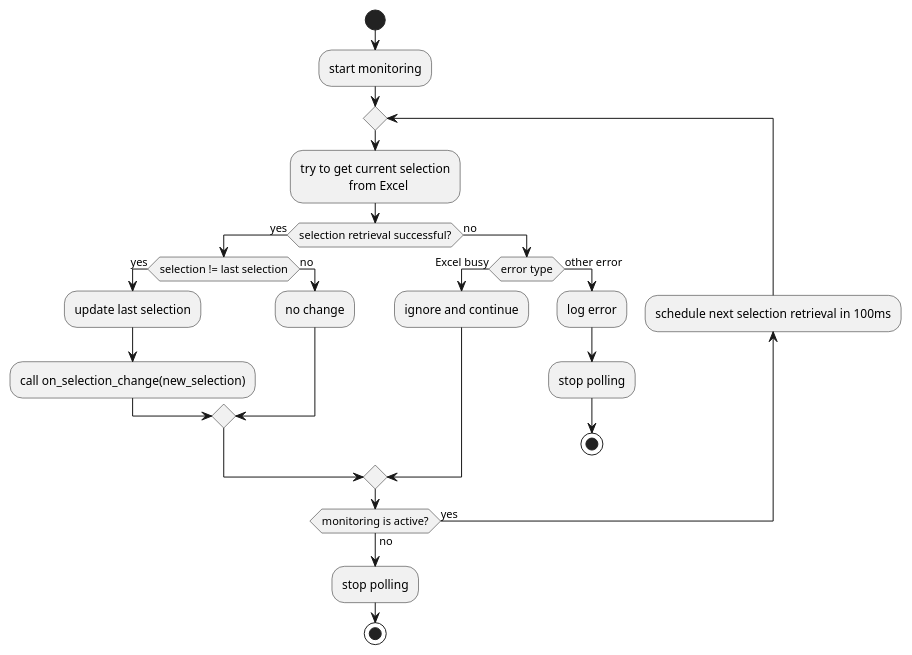
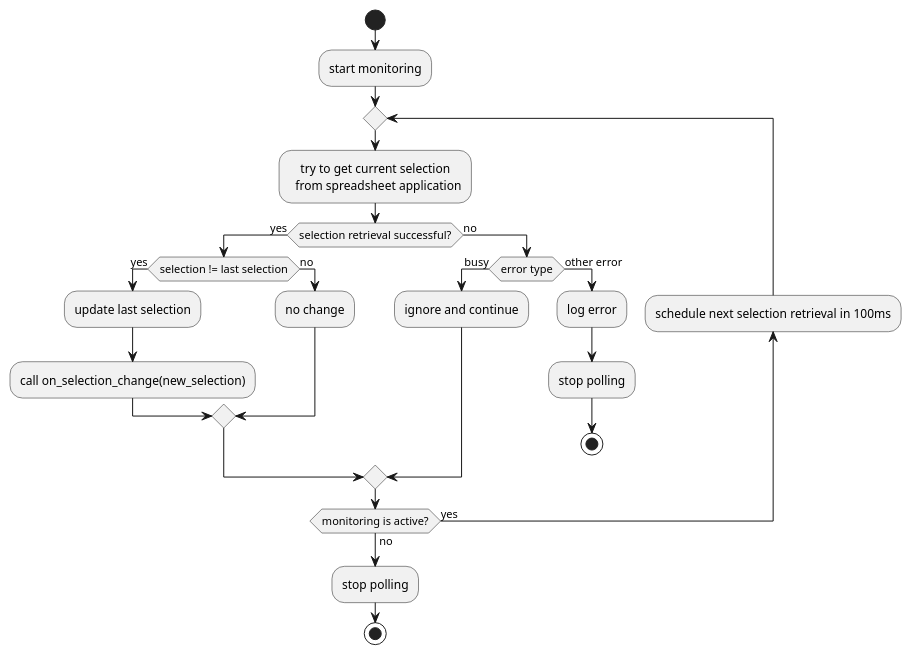
One commit to ByeByeExcel/SpreadsheetExplorer changed the diagram in diagrams/plantuml/architecture/current_selection_poll_loop.puml. Above: the diagram before and after it, drawn with PlantUML. The commit also changed 56 other files, not shown here.

Commit message:
* adjusted diagram texts * added tests * fixed PyInstaller * removed unnecessary code * extended README.md

```diff
--- a/diagrams/plantuml/architecture/current_selection_poll_loop.puml
+++ b/diagrams/plantuml/architecture/current_selection_poll_loop.puml
@@ -1,33 +1,33 @@
 @startuml
 skinparam defaultTextAlignment center
 
 start
 :start monitoring;
 
 repeat
 :try to get current selection
-  from Excel;
+  from spreadsheet application;
 
   if (selection retrieval successful?) then (yes)
     if (selection != last selection) then (yes)
       :update last selection;
       :call on_selection_change(new_selection);
     else (no)
       :no change;
     endif
   else (no)
-    if (error type) then (Excel busy)
+    if (error type) then (busy)
       :ignore and continue;
     else (other error)
       :log error;
       :stop polling;
       stop
     endif
   endif
 
     backward :schedule next selection retrieval in 100ms;
 repeat while (monitoring is active?) is (yes) not (no)
 
 :stop polling;
 stop
 @enduml
```
